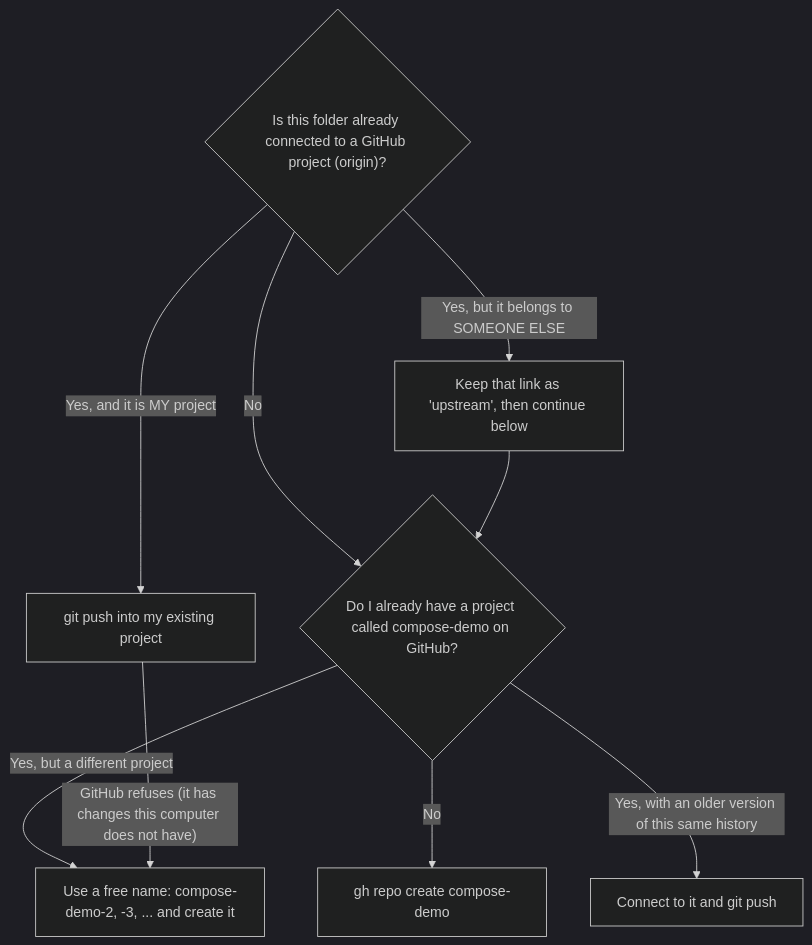
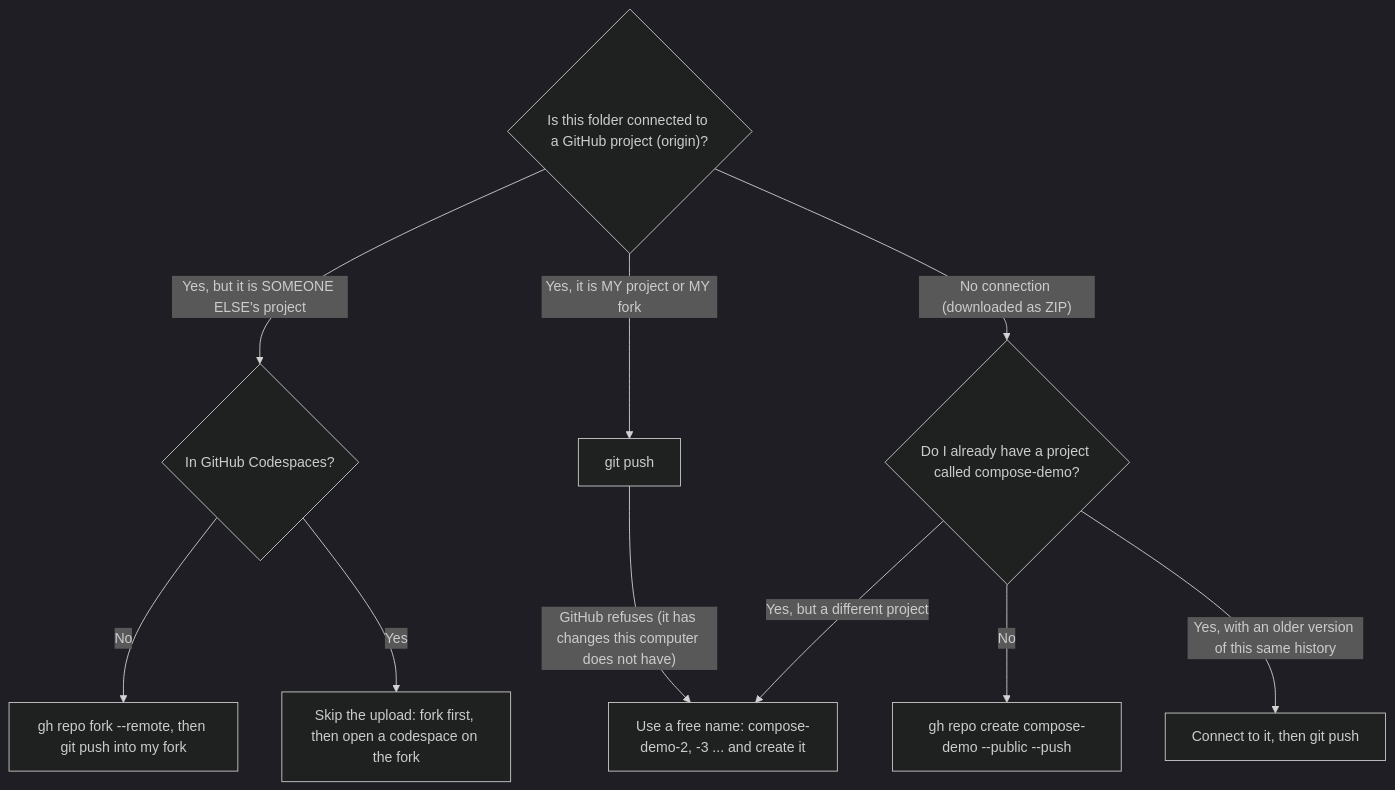
One commit to gh-shad/compose-demo-2 changed the second of 2 diagrams in docs/05-git-and-github.md. Above: the diagram before and after it, drawn with Mermaid (dark theme). The commit also changed other lines of this file and 15 other files, not shown here.

````diff
--- a/docs/05-git-and-github.md
+++ b/docs/05-git-and-github.md
@@ -116,12 +105,13 @@
 ```mermaid
 flowchart TD
-    A{"Is this folder already connected to a GitHub project (origin)?"}
-    A -- "Yes, and it is MY project" --> P["git push into my existing project"]
-    A -- "Yes, but it belongs to SOMEONE ELSE" --> U["Keep that link as 'upstream', then continue below"]
-    A -- "No" --> C{"Do I already have a project called compose-demo on GitHub?"}
-    U --> C
-    C -- "No" --> N["gh repo create compose-demo"]
-    C -- "Yes, with an older version of this same history" --> K["Connect to it and git push"]
-    C -- "Yes, but a different project" --> F["Use a free name: compose-demo-2, -3, ... and create it"]
+    A{"Is this folder connected to a GitHub project (origin)?"}
+    A -- "Yes, it is MY project or MY fork" --> P["git push"]
+    A -- "Yes, but it is SOMEONE ELSE's project" --> K{"In GitHub Codespaces?"}
+    K -- "No" --> FK["gh repo fork --remote, then git push into my fork"]
+    K -- "Yes" --> SK["Skip the upload: fork first, then open a codespace on the fork"]
+    A -- "No connection (downloaded as ZIP)" --> C{"Do I already have a project called compose-demo?"}
+    C -- "No" --> N["gh repo create compose-demo --public --push"]
+    C -- "Yes, with an older version of this same history" --> CN["Connect to it, then git push"]
+    C -- "Yes, but a different project" --> F["Use a free name: compose-demo-2, -3 ... and create it"]
     P -- "GitHub refuses (it has changes this computer does not have)" --> F
 ```
````
